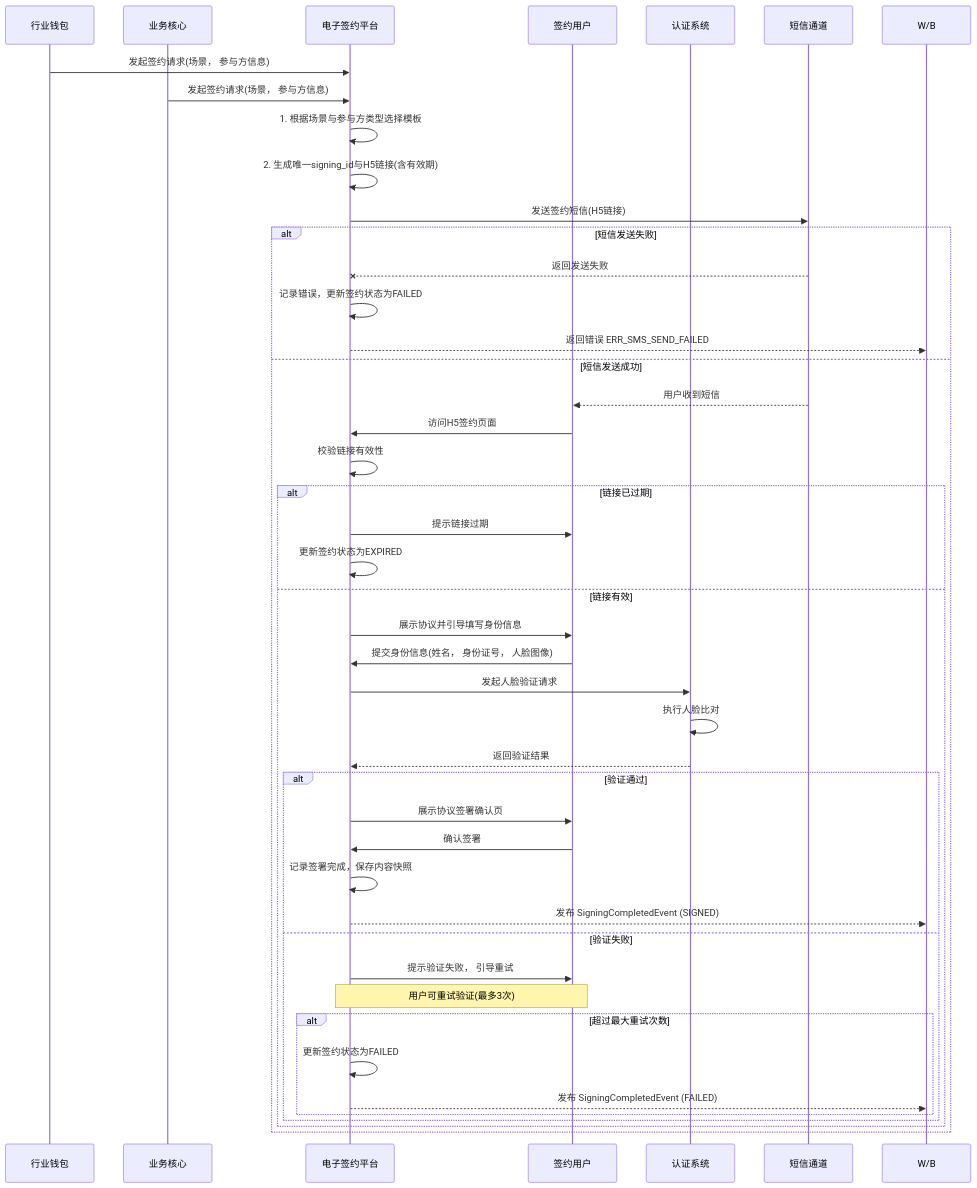
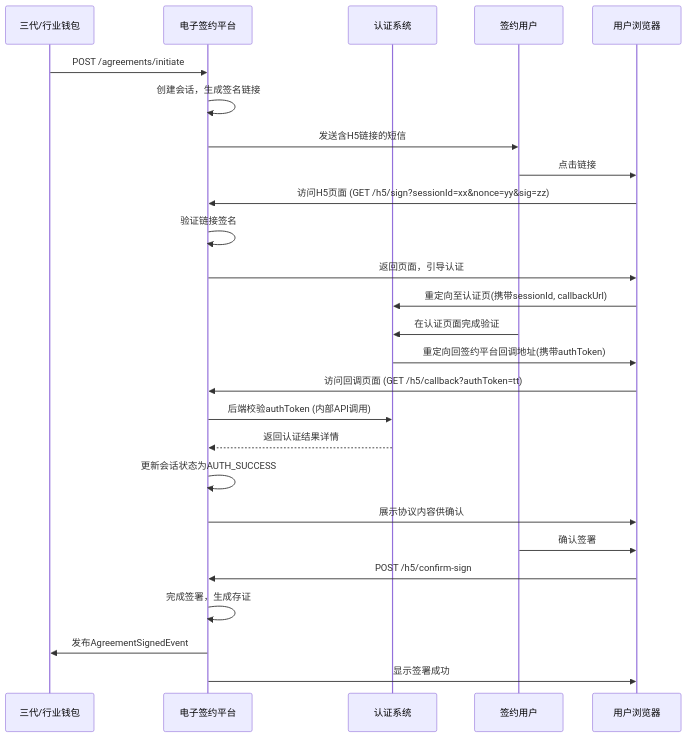
One commit to youzi211/AiCoding changed the diagram in data/天财分账需求/gpt-5.2/workspace/02_modules/module_电子签约平台.md. Above: the diagram before and after it, drawn with Mermaid. The commit also changed other lines of this file and 41 other files, not shown here.

````diff
--- a/data/天财分账需求/gpt-5.2/workspace/02_modules/module_电子签约平台.md
+++ b/data/天财分账需求/gpt-5.2/workspace/02_modules/module_电子签约平台.md
@@ -78,47 +63,29 @@
 ```mermaid
 sequenceDiagram
-    participant W as 行业钱包
-    participant B as 业务核心
-    participant E as 电子签约平台
-    participant U as 签约用户
-    participant A as 认证系统
-    participant S as 短信通道
+    participant 调用方 as 三代/行业钱包
+    participant 签约平台 as 电子签约平台
+    participant 认证系统
+    participant 用户 as 签约用户
+    participant 浏览器 as 用户浏览器
 
-    W->>E: 发起签约请求(场景， 参与方信息)
-    B->>E: 发起签约请求(场景， 参与方信息)
-    E->>E: 1. 根据场景与参与方类型选择模板
-    E->>E: 2. 生成唯一signing_id与H5链接(含有效期)
-    E->>S: 发送签约短信(H5链接)
-    alt 短信发送失败
-        S--xE: 返回发送失败
-        E->>E: 记录错误，更新签约状态为FAILED
-        E-->>W/B: 返回错误 ERR_SMS_SEND_FAILED
-    else 短信发送成功
-        S-->>U: 用户收到短信
-        U->>E: 访问H5签约页面
-        E->>E: 校验链接有效性
-        alt 链接已过期
-            E->>U: 提示链接过期
-            E->>E: 更新签约状态为EXPIRED
-        else 链接有效
-            E->>U: 展示协议并引导填写身份信息
-            U->>E: 提交身份信息(姓名， 身份证号， 人脸图像)
-            E->>A: 发起人脸验证请求
-            A->>A: 执行人脸比对
-            A-->>E: 返回验证结果
-            alt 验证通过
-                E->>U: 展示协议签署确认页
-                U->>E: 确认签署
-                E->>E: 记录签署完成，保存内容快照
-                E-->>W/B: 发布 SigningCompletedEvent (SIGNED)
-            else 验证失败
-                E->>U: 提示验证失败， 引导重试
-                Note over U, E: 用户可重试验证(最多3次)
-                alt 超过最大重试次数
-                    E->>E: 更新签约状态为FAILED
-                    E-->>W/B: 发布 SigningCompletedEvent (FAILED)
-                end
-            end
-        end
-    end
+    调用方->>签约平台: POST /agreements/initiate
+    签约平台->>签约平台: 创建会话，生成签名链接
+    签约平台->>用户: 发送含H5链接的短信
+    用户->>浏览器: 点击链接
+    浏览器->>签约平台: 访问H5页面 (GET /h5/sign?sessionId=xx&nonce=yy&sig=zz)
+    签约平台->>签约平台: 验证链接签名
+    签约平台->>浏览器: 返回页面，引导认证
+    浏览器->>认证系统: 重定向至认证页(携带sessionId, callbackUrl)
+    用户->>认证系统: 在认证页面完成验证
+    认证系统->>浏览器: 重定向回签约平台回调地址(携带authToken)
+    浏览器->>签约平台: 访问回调页面 (GET /h5/callback?authToken=tt)
+    签约平台->>认证系统: 后端校验authToken (内部API调用)
+    认证系统-->>签约平台: 返回认证结果详情
+    签约平台->>签约平台: 更新会话状态为AUTH_SUCCESS
+    签约平台->>浏览器: 展示协议内容供确认
+    用户->>浏览器: 确认签署
+    浏览器->>签约平台: POST /h5/confirm-sign
+    签约平台->>签约平台: 完成签署，生成存证
+    签约平台->>调用方: 发布AgreementSignedEvent
+    签约平台->>浏览器: 显示签署成功
 ```
````
